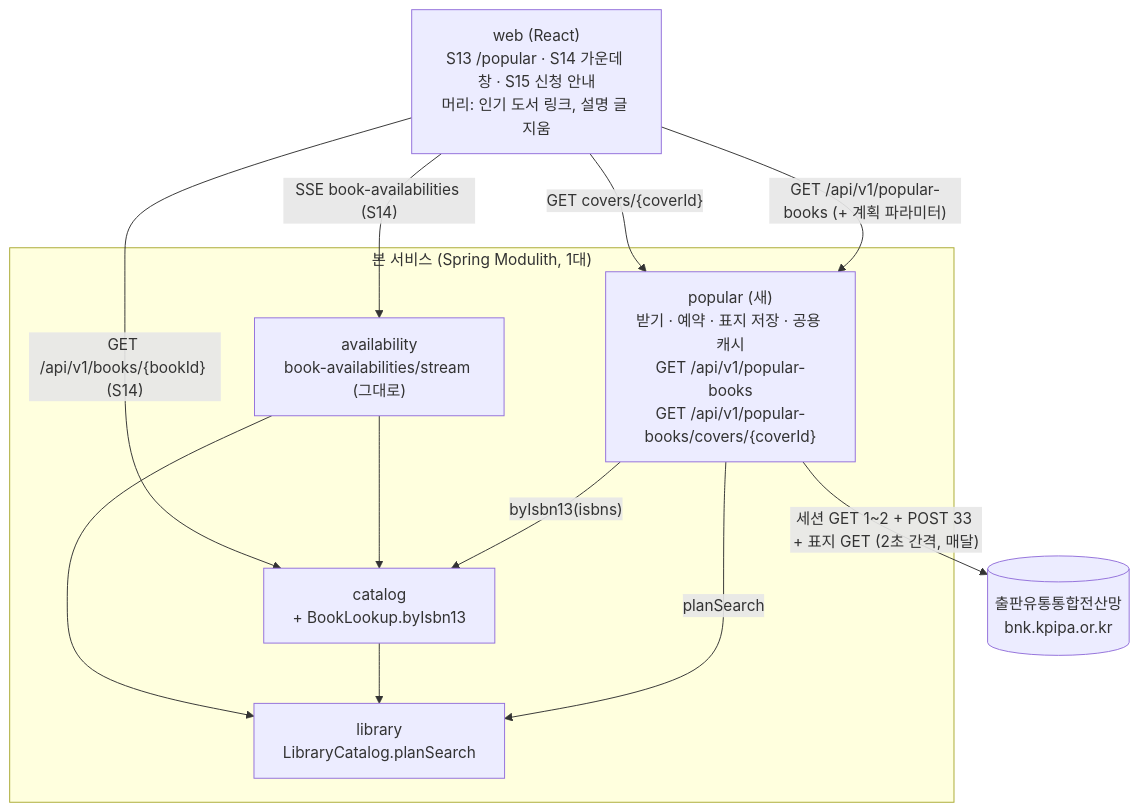
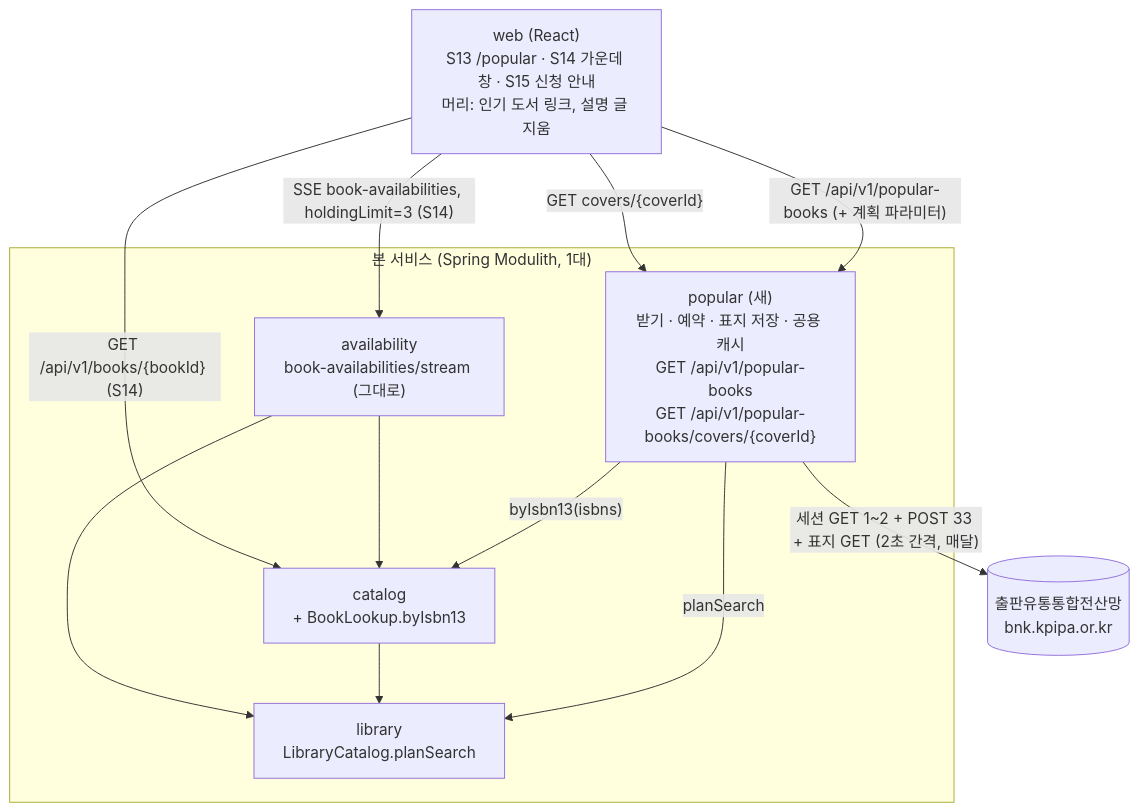
The first of 7 diagrams in docs/cycles/10-popular-books/design-delta.md (hodu-sketch/chaekcheck-plan), drawn with Mermaid before and after one commit. The commit also changed other lines of this file and 17 other files, not shown here.

````diff
--- a/docs/cycles/10-popular-books/design-delta.md
+++ b/docs/cycles/10-popular-books/design-delta.md
@@ -15,21 +15,21 @@
 ```mermaid
 flowchart TB
   web["web (React)<br/>S13 /popular · S14 가운데 창 · S15 신청 안내<br/>머리: 인기 도서 링크, 설명 글 지움"]
   kpipa[("출판유통통합전산망<br/>bnk.kpipa.or.kr")]
   subgraph main["본 서비스 (Spring Modulith, 1대)"]
     popular["popular (새)<br/>받기 · 예약 · 표지 저장 · 공용 캐시<br/>GET /api/v1/popular-books<br/>GET /api/v1/popular-books/covers/{coverId}"]
     catalog["catalog<br/>+ BookLookup.byIsbn13"]
     library["library<br/>LibraryCatalog.planSearch"]
     availability["availability<br/>book-availabilities/stream (그대로)"]
     popular -->|"byIsbn13(isbns)"| catalog
     popular -->|"planSearch"| library
     catalog --> library
     availability --> catalog
     availability --> library
   end
   popular -->|"세션 GET 1~2 + POST 33 + 표지 GET (2초 간격, 매달)"| kpipa
   web -->|"GET /api/v1/popular-books (+ 계획 파라미터)"| popular
   web -->|"GET covers/{coverId}"| popular
   web -->|"GET /api/v1/books/{bookId} (S14)"| catalog
-  web -->|"SSE book-availabilities (S14)"| availability
+  web -->|"SSE book-availabilities, holdingLimit=3 (S14)"| availability
 ```
````
